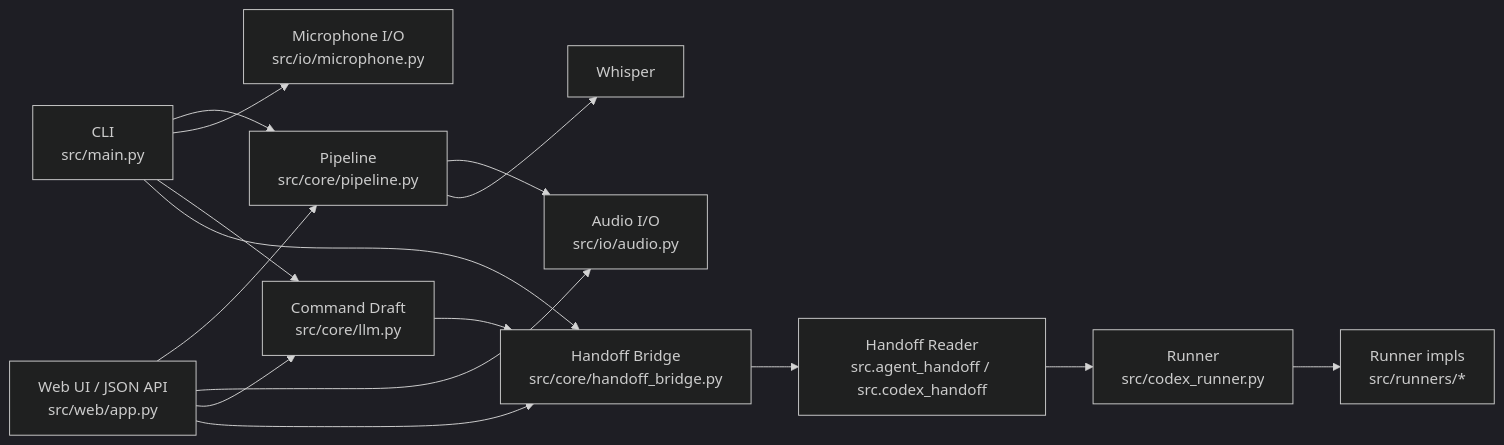
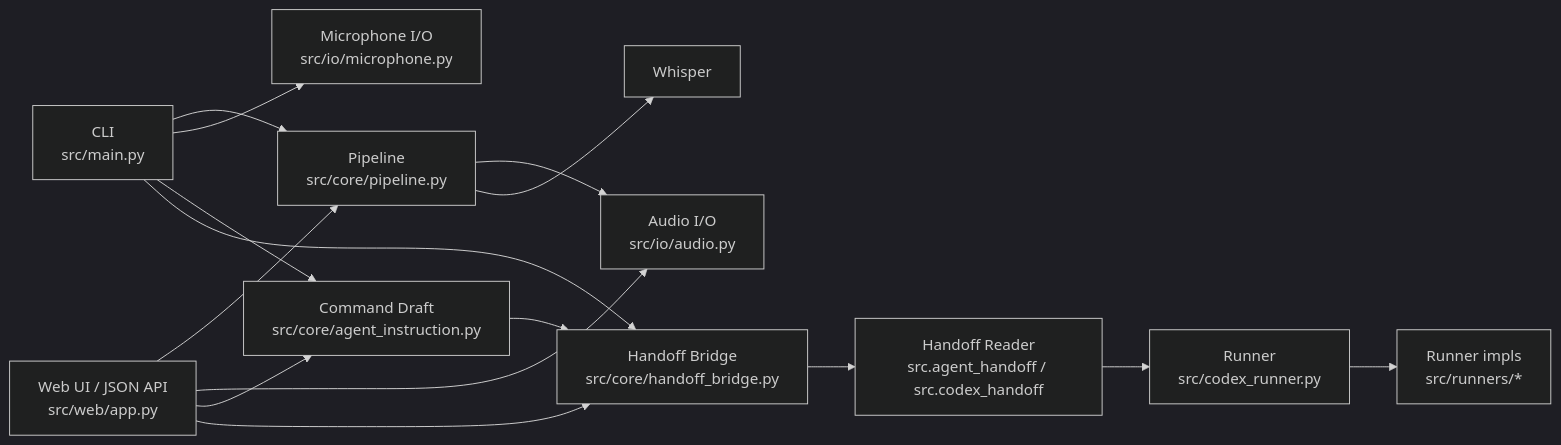
Before and after one commit to hiro-collab/ai_talk_core: the first of 3 diagrams in README.md, drawn with Mermaid (dark theme). The commit also changed other lines of this file and 7 other files, not shown here.

Commit message:
Make generic agent instruction builder primary

````diff
--- a/README.md
+++ b/README.md
@@ -17,29 +17,29 @@
 ```mermaid
 flowchart LR
     CLI["CLI\nsrc/main.py"]
     WEB["Web UI / JSON API\nsrc/web/app.py"]
     PIPE["Pipeline\nsrc/core/pipeline.py"]
     MIC["Microphone I/O\nsrc/io/microphone.py"]
     AUDIO["Audio I/O\nsrc/io/audio.py"]
-    DRAFT["Command Draft\nsrc/core/llm.py"]
+    DRAFT["Command Draft\nsrc/core/agent_instruction.py"]
     BRIDGE["Handoff Bridge\nsrc/core/handoff_bridge.py"]
     HANDOFF["Handoff Reader\nsrc.agent_handoff / src.codex_handoff"]
     RUNNER["Runner\nsrc/codex_runner.py"]
     RUNNER_IMPL["Runner impls\nsrc/runners/*"]
     WHISPER["Whisper"]
 
     CLI --> PIPE
     WEB --> PIPE
     CLI --> MIC
     WEB --> AUDIO
     PIPE --> AUDIO
     PIPE --> WHISPER
     CLI --> DRAFT
     WEB --> DRAFT
     DRAFT --> BRIDGE
     CLI --> BRIDGE
     WEB --> BRIDGE
     BRIDGE --> HANDOFF
     HANDOFF --> RUNNER
     RUNNER --> RUNNER_IMPL
 ```
````
